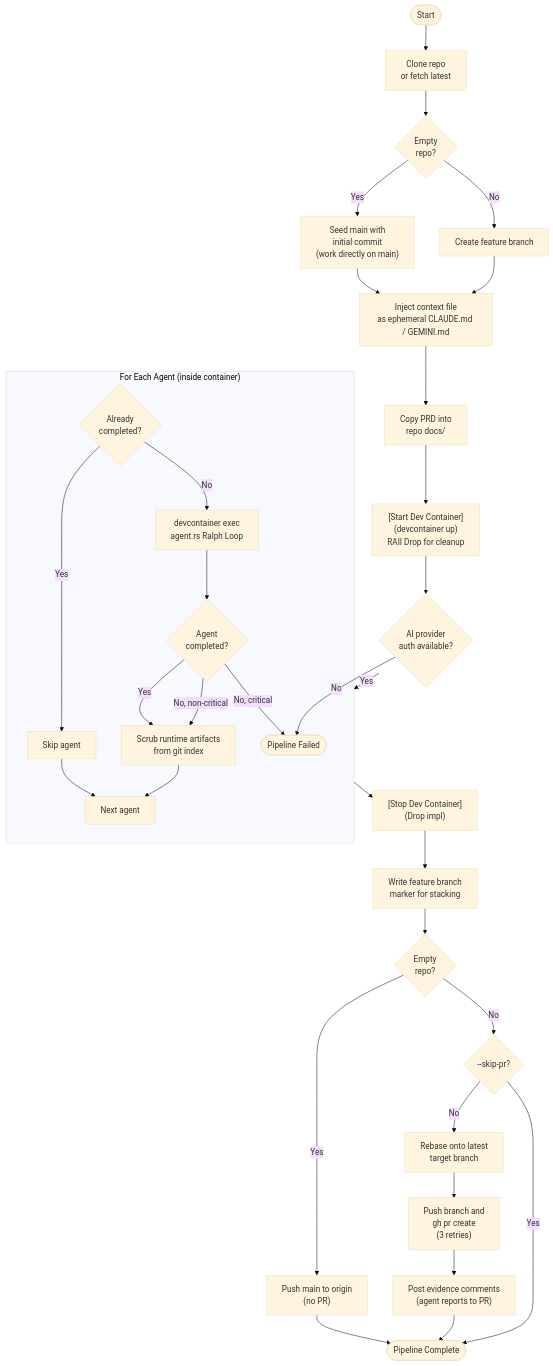
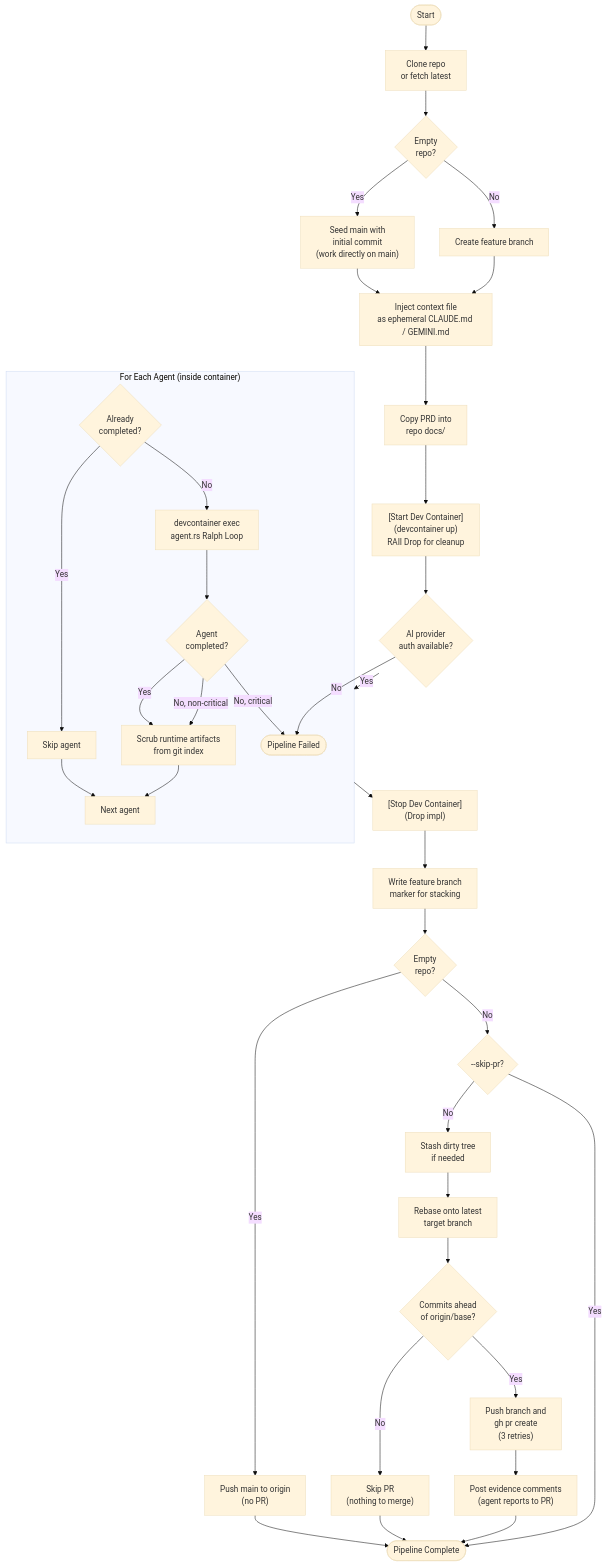
Before and after one commit to delehner/coding-agents: the fifth of 8 diagrams in docs/pipeline-overview.md, drawn with Mermaid (base theme). The commit also changed other lines of this file and 5 other files, not shown here.

````diff
--- a/docs/pipeline-overview.md
+++ b/docs/pipeline-overview.md
@@ -183,38 +183,42 @@
 ```mermaid
 flowchart TD
     Start([Start]) --> Clone[Clone repo\nor fetch latest]
     Clone --> EmptyCheck{Empty\nrepo?}
     EmptyCheck -->|Yes| SeedMain["Seed main with\ninitial commit\n(work directly on main)"]
     EmptyCheck -->|No| Branch[Create feature branch]
     SeedMain --> InjectCtx
     Branch --> InjectCtx[Inject context file\nas ephemeral CLAUDE.md / GEMINI.md]
     InjectCtx --> CopyPRD[Copy PRD into\nrepo docs/]
     CopyPRD --> StartDC["[Start Dev Container]\n(devcontainer up)\nRAII Drop for cleanup"]
     StartDC --> AuthCheck{"AI provider\nauth available?"}
     AuthCheck -->|No| Fail([Pipeline Failed])
     AuthCheck -->|Yes| Loop
 
     subgraph Loop["For Each Agent (inside container)"]
         Check{Already\ncompleted?}
         Check -->|Yes| Skip[Skip agent]
         Check -->|No| Run["devcontainer exec\nagent.rs Ralph Loop"]
         Run --> ValidateOut{Agent\ncompleted?}
         ValidateOut -->|Yes| Cleanup["Scrub runtime artifacts\nfrom git index"]
         ValidateOut -->|No, non-critical| Cleanup
         ValidateOut -->|No, critical| Fail([Pipeline Failed])
         Cleanup --> Next[Next agent]
         Skip --> Next
     end
 
     Loop --> StopDC["[Stop Dev Container]\n(Drop impl)"]
     StopDC --> WriteMarker["Write feature branch\nmarker for stacking"]
     WriteMarker --> WasEmpty{Empty\nrepo?}
     WasEmpty -->|Yes| PushMain["Push main to origin\n(no PR)"]
     WasEmpty -->|No| CreatePR{--skip-pr?}
-    CreatePR -->|No| Rebase["Rebase onto latest\ntarget branch"]
-    Rebase --> PR["Push branch and\ngh pr create\n(3 retries)"]
+    CreatePR -->|No| Stash["Stash dirty tree\nif needed"]
+    Stash --> Rebase["Rebase onto latest\ntarget branch"]
+    Rebase --> Ahead{Commits ahead\nof origin/base?}
+    Ahead -->|No| NoPR["Skip PR\n(nothing to merge)"]
+    Ahead -->|Yes| PR["Push branch and\ngh pr create\n(3 retries)"]
     PR --> Evidence["Post evidence comments\n(agent reports to PR)"]
     CreatePR -->|Yes| Done
     PushMain --> Done
+    NoPR --> Done
     Evidence --> Done([Pipeline Complete])
 ```
````
